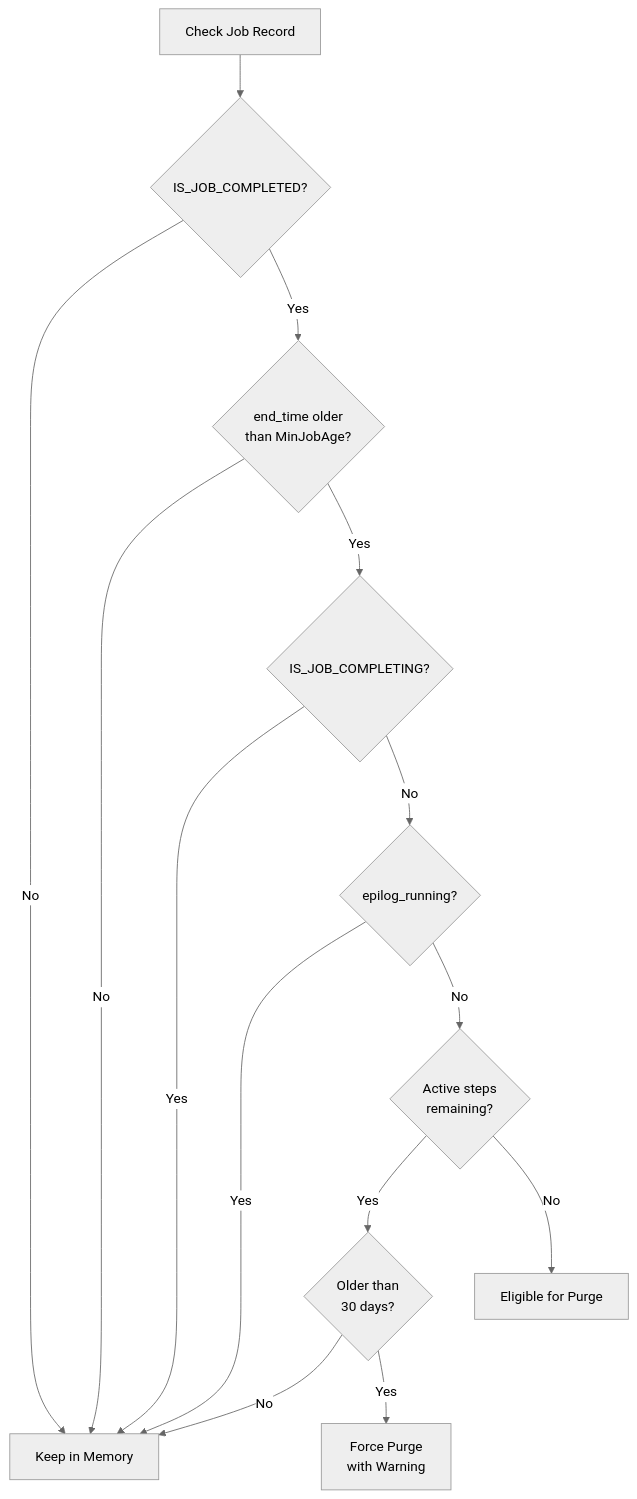
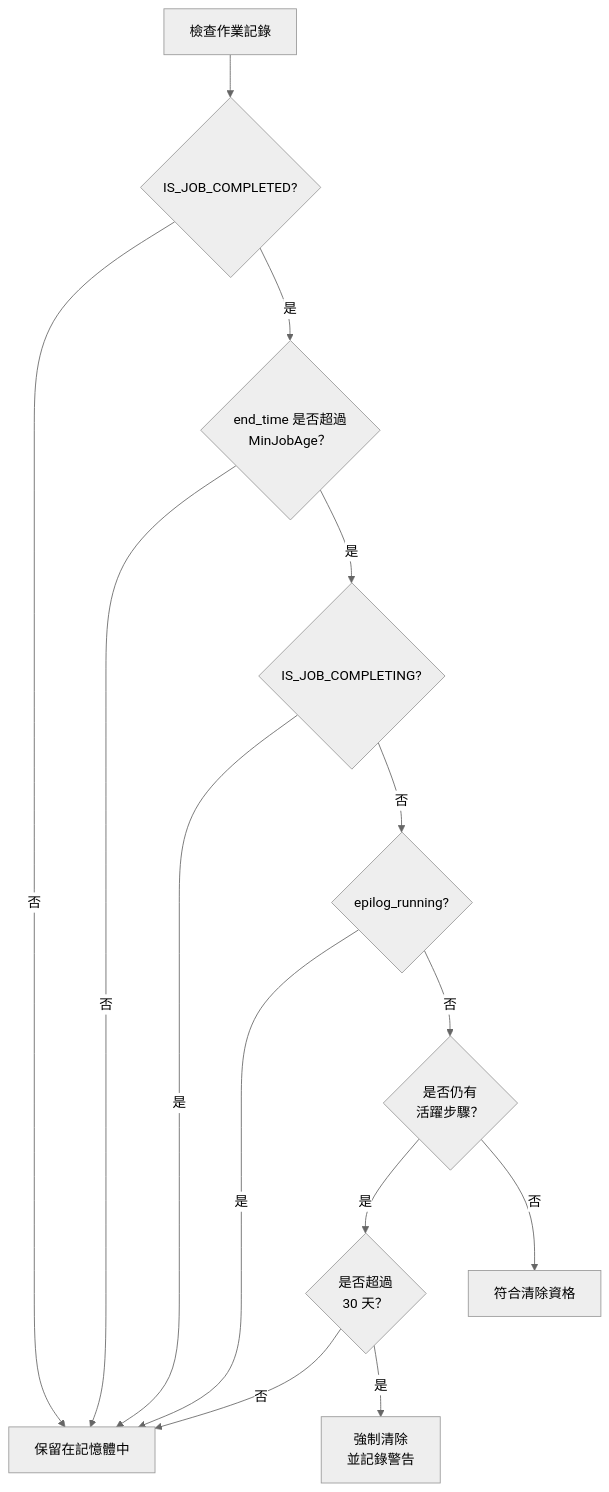
One commit to pichiu/slurm changed the third of 6 diagrams in _bmad-output/technical-reference/internals/slurm-job-state-lifecycle.md. Above: the diagram before and after it, drawn with Mermaid (neutral theme). The commit also changed other lines of this file, not shown here.

````diff
--- a/_bmad-output/technical-reference/internals/slurm-job-state-lifecycle.md
+++ b/_bmad-output/technical-reference/internals/slurm-job-state-lifecycle.md
@@ -222,16 +222,16 @@
 ```mermaid
 flowchart TD
-    Start[Check Job Record] --> IsCompleted{IS_JOB_COMPLETED?}
-    IsCompleted -->|No| Keep[Keep in Memory]
-    IsCompleted -->|Yes| CheckAge{end_time older<br/>than MinJobAge?}
-    CheckAge -->|No| Keep
-    CheckAge -->|Yes| CheckCompleting{IS_JOB_COMPLETING?}
-    CheckCompleting -->|Yes| Keep
-    CheckCompleting -->|No| CheckEpilog{epilog_running?}
-    CheckEpilog -->|Yes| Keep
-    CheckEpilog -->|No| CheckSteps{Active steps<br/>remaining?}
-    CheckSteps -->|Yes| CheckForce{Older than<br/>30 days?}
-    CheckForce -->|No| Keep
-    CheckForce -->|Yes| ForcePurge[Force Purge<br/>with Warning]
-    CheckSteps -->|No| Purge[Eligible for Purge]
+    Start[檢查作業記錄] --> IsCompleted{IS_JOB_COMPLETED?}
+    IsCompleted -->|否| Keep[保留在記憶體中]
+    IsCompleted -->|是| CheckAge{end_time 是否超過<br/>MinJobAge？}
+    CheckAge -->|否| Keep
+    CheckAge -->|是| CheckCompleting{IS_JOB_COMPLETING?}
+    CheckCompleting -->|是| Keep
+    CheckCompleting -->|否| CheckEpilog{epilog_running?}
+    CheckEpilog -->|是| Keep
+    CheckEpilog -->|否| CheckSteps{是否仍有<br/>活躍步驟？}
+    CheckSteps -->|是| CheckForce{是否超過<br/>30 天？}
+    CheckForce -->|否| Keep
+    CheckForce -->|是| ForcePurge[強制清除<br/>並記錄警告]
+    CheckSteps -->|否| Purge[符合清除資格]
 ```
````
